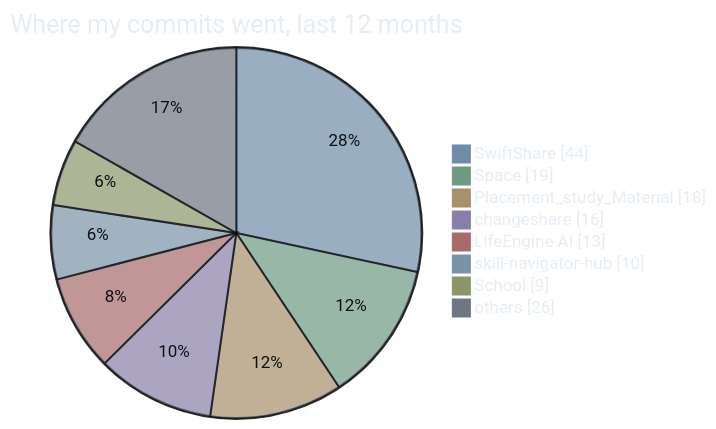
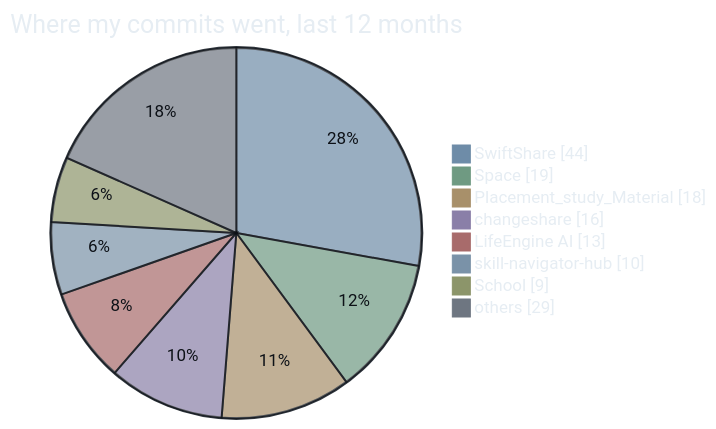
Before and after one commit to AyushPandey510/AyushPandey510: the seventh of 7 diagrams in README.md, drawn with Mermaid. The commit also changed other lines of this file and 9 other files, not shown here.

````diff
--- a/README.md
+++ b/README.md
@@ -187,12 +187,12 @@
 ```mermaid
 %%{init: {"theme":"base","themeVariables":{"pie1":"#6E8CA8","pie2":"#6F9A82","pie3":"#A8906A","pie4":"#8A7FA8","pie5":"#A86B6B","pie6":"#7A92A8","pie7":"#8C956A","pie8":"#6E7681","pieStrokeColor":"#0D1117","pieStrokeWidth":"2px","pieOuterStrokeColor":"#30363D","pieTitleTextColor":"#E6EDF3","pieSectionTextColor":"#0D1117","pieLegendTextColor":"#E6EDF3","fontFamily":"monospace"}}}%%
 pie showData title Where my commits went, last 12 months
     "SwiftShare" : 44
     "Space" : 19
     "Placement_study_Material" : 18
     "changeshare" : 16
     "LifeEngine AI" : 13
     "skill-navigator-hub" : 10
     "School" : 9
-    "others" : 26
+    "others" : 29
 ```
````
